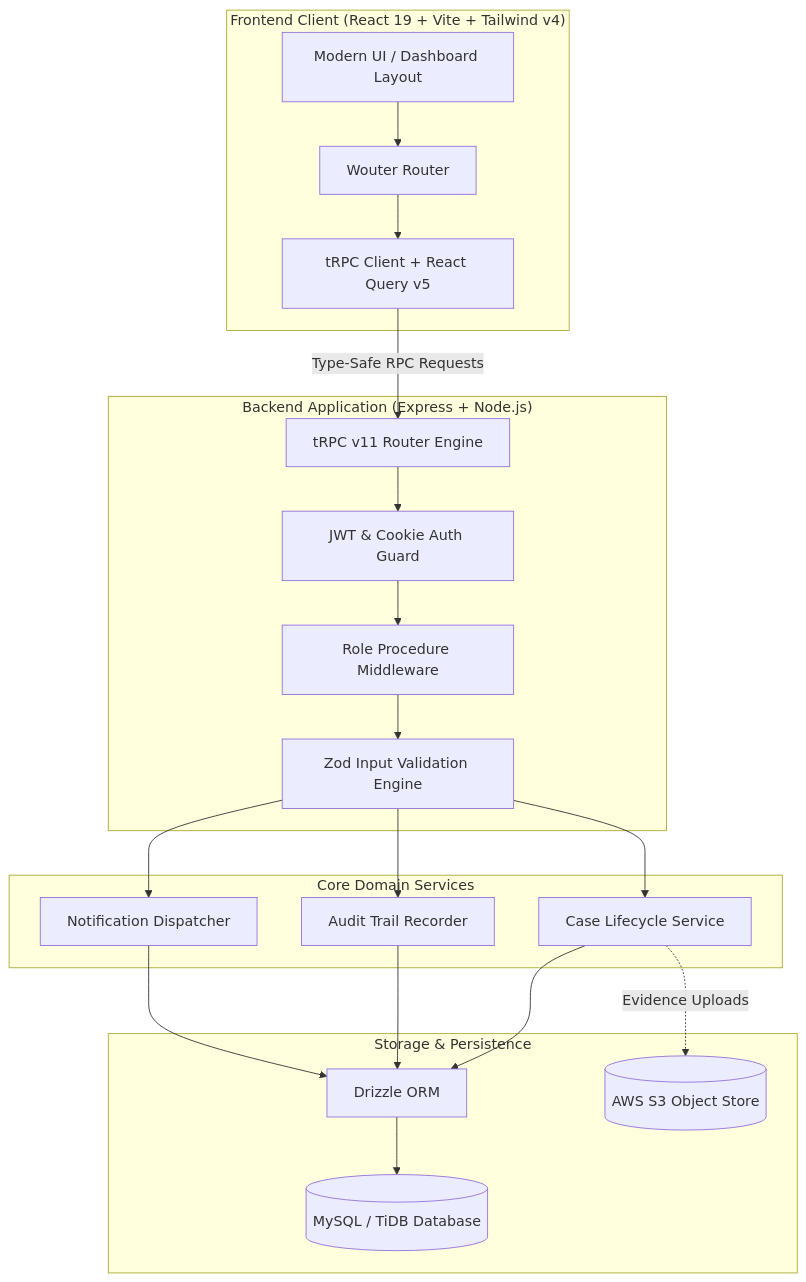
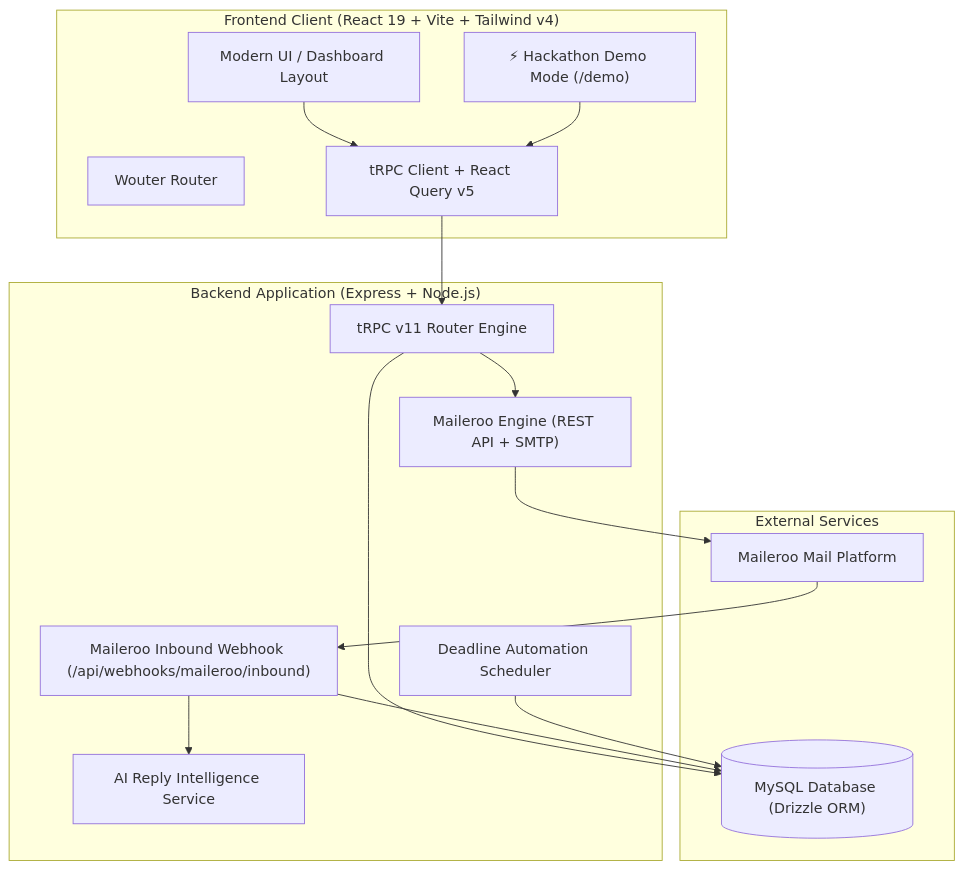
One commit to Rishisharma029/lien-guard changed the diagram in README.md. Above: the diagram before and after it, drawn with Mermaid. The commit also changed other lines of this file and 23 other files, not shown here.

Commit message:
feat: implement Compliance-Aware Workflow, Intelligent Inbound Email Processing, Hackathon Demo Mode, and Maileroo REST/SMTP integration

````diff
--- a/README.md
+++ b/README.md
@@ -89,40 +137,33 @@
 ```mermaid
 flowchart TB
     subgraph Client["Frontend Client (React 19 + Vite + Tailwind v4)"]
         UI["Modern UI / Dashboard Layout"]
         Router["Wouter Router"]
         TRPCClient["tRPC Client + React Query v5"]
+        DemoUI["⚡ Hackathon Demo Mode (/demo)"]
     end
 
     subgraph Server["Backend Application (Express + Node.js)"]
         TRPCServer["tRPC v11 Router Engine"]
-        AuthGuard["JWT & Cookie Auth Guard"]
-        RBACGuard["Role Procedure Middleware"]
-        ZodValidator["Zod Input Validation Engine"]
+        MailerooService["Maileroo Engine (REST API + SMTP)"]
+        InboundWebhook["Maileroo Inbound Webhook (/api/webhooks/maileroo/inbound)"]
+        ReplyAI["AI Reply Intelligence Service"]
+        DeadlineEngine["Deadline Automation Scheduler"]
     end
 
-    subgraph Services["Core Domain Services"]
-        CaseService["Case Lifecycle Service"]
-        AuditService["Audit Trail Recorder"]
-        NotifService["Notification Dispatcher"]
+    subgraph External["External Services"]
+        MailerooCloud["Maileroo Mail Platform"]
+        MySQLDB[("MySQL Database (Drizzle ORM)")]
     end
 
-    subgraph Storage["Storage & Persistence"]
-        DrizzleORM["Drizzle ORM"]
-        MySQL[("MySQL / TiDB Database")]
-        S3Storage[("AWS S3 Object Store")]
-    end
-
-    UI --> Router
-    Router --> TRPCClient
-    TRPCClient -->|Type-Safe RPC Requests| TRPCServer
-    TRPCServer --> AuthGuard
-    AuthGuard --> RBACGuard
-    RBACGuard --> ZodValidator
-    ZodValidator --> CaseService & AuditService & NotifService
-    CaseService --> DrizzleORM
-    AuditService --> DrizzleORM
-    NotifService --> DrizzleORM
-    DrizzleORM --> MySQL
-    CaseService -.->|Evidence Uploads| S3Storage
+    UI --> TRPCClient
+    DemoUI --> TRPCClient
+    TRPCClient --> TRPCServer
+    TRPCServer --> MySQLDB
+    TRPCServer --> MailerooService
+    MailerooService --> MailerooCloud
+    MailerooCloud --> InboundWebhook
+    InboundWebhook --> ReplyAI
+    InboundWebhook --> MySQLDB
+    DeadlineEngine --> MySQLDB
 ```
````
